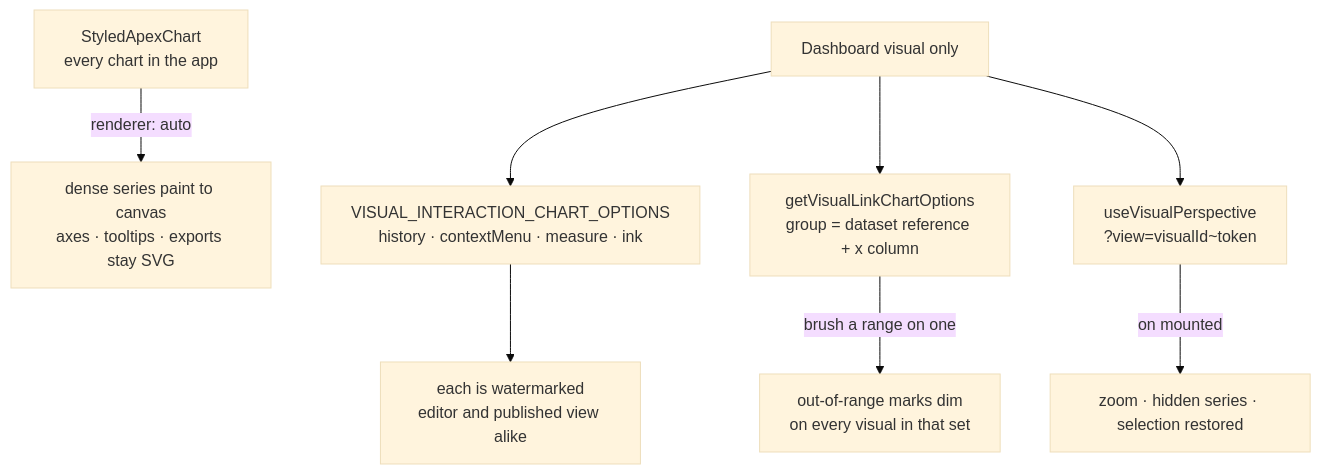
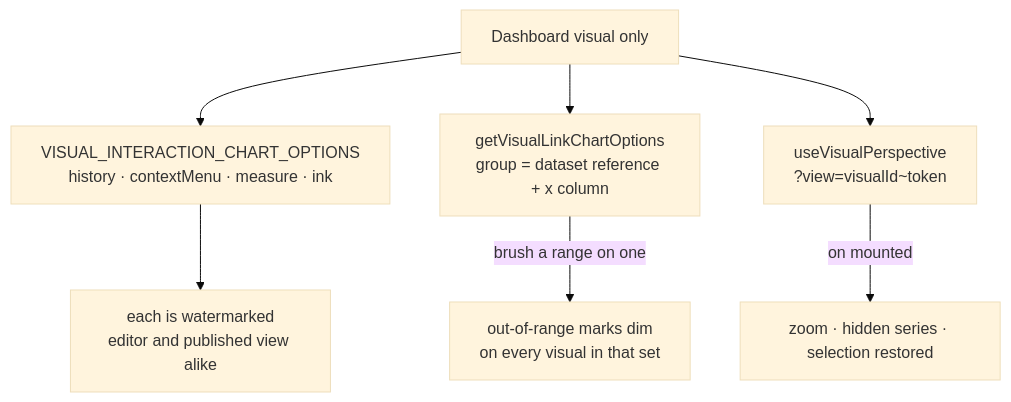
Before and after one commit to Esposter/Esposter: the diagram in packages/app/content/docs/platform/dashboard-chart-interaction.md, drawn with Mermaid (base theme). The commit also changed other lines of this file and 1 other file, not shown here.

First line of the commit message:
perf(dashboard): drop the canvas renderer v7 stopped bundling for free

````diff
--- a/packages/app/content/docs/platform/dashboard-chart-interaction.md
+++ b/packages/app/content/docs/platform/dashboard-chart-interaction.md
@@ -12,10 +12,9 @@
 ```mermaid
 flowchart TD
-  SHARED["StyledApexChart<br/>every chart in the app"] -->|"renderer: auto"| CANVAS["dense series paint to canvas<br/>axes · tooltips · exports stay SVG"]
   VIS["Dashboard visual only"] --> INT["VISUAL_INTERACTION_CHART_OPTIONS<br/>history · contextMenu · measure · ink"]
   INT --> WM["each is watermarked<br/>editor and published view alike"]
   VIS --> LINK["getVisualLinkChartOptions<br/>group = dataset reference + x column"]
   LINK -->|"brush a range on one"| DIM["out-of-range marks dim<br/>on every visual in that set"]
   VIS --> PERS["useVisualPerspective<br/>?view=visualId~token"]
   PERS -->|"on mounted"| APPLY["zoom · hidden series · selection restored"]
 ```
````
